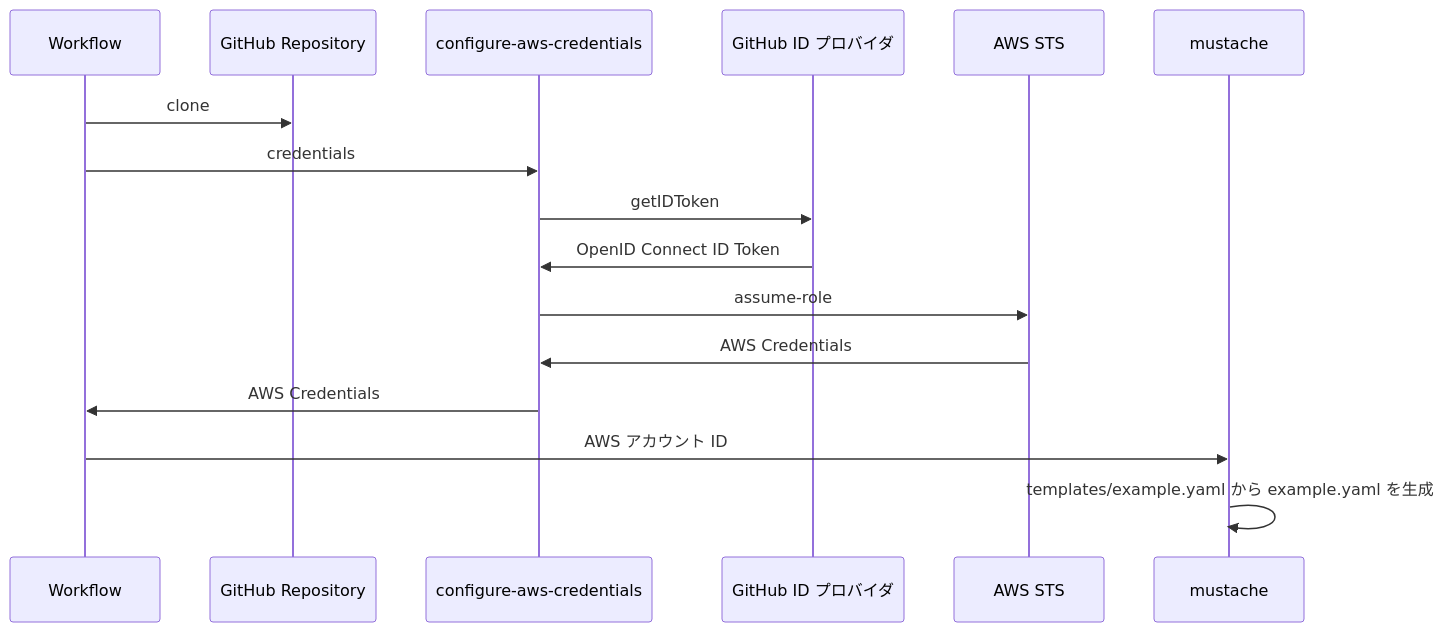
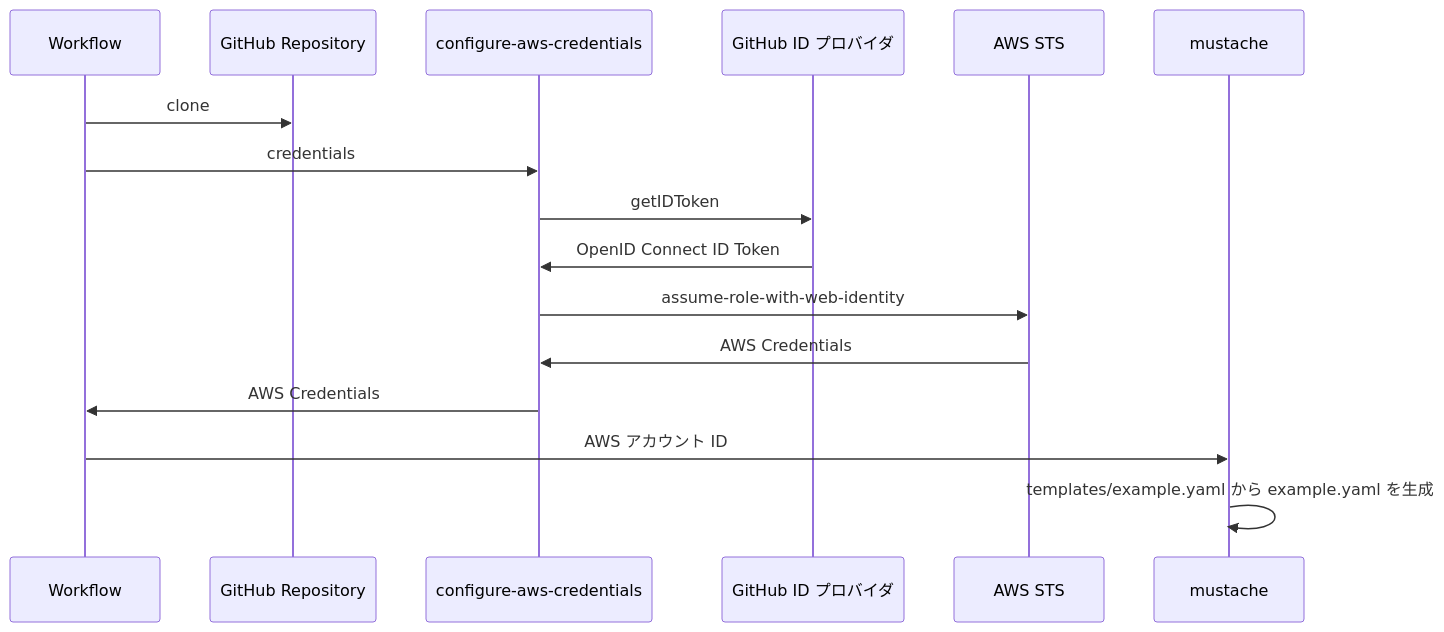
Before and after one commit to mamezou-tech/mamezou-tech-site: the diagram in src/posts/blogs/2022/1129_configure-aws-credentials.md, drawn with Mermaid.

Commit message:
fix assume-role to assume-role-with-web-identity

````diff
--- a/src/posts/blogs/2022/1129_configure-aws-credentials.md
+++ b/src/posts/blogs/2022/1129_configure-aws-credentials.md
@@ -183,12 +183,12 @@
 ```mermaid
 sequenceDiagram
     Workflow ->> GitHub Repository: clone
     Workflow ->> configure-aws-credentials: credentials
     configure-aws-credentials ->> GitHub ID プロバイダ: getIDToken
     GitHub ID プロバイダ ->> configure-aws-credentials: OpenID Connect ID Token
-    configure-aws-credentials ->> AWS STS: assume-role
+    configure-aws-credentials ->> AWS STS: assume-role-with-web-identity
     AWS STS ->> configure-aws-credentials: AWS Credentials
     configure-aws-credentials ->> Workflow: AWS Credentials
     Workflow ->> mustache: AWS アカウント ID
     mustache ->> mustache: templates/example.yaml から example.yaml を生成 
 ```
````
